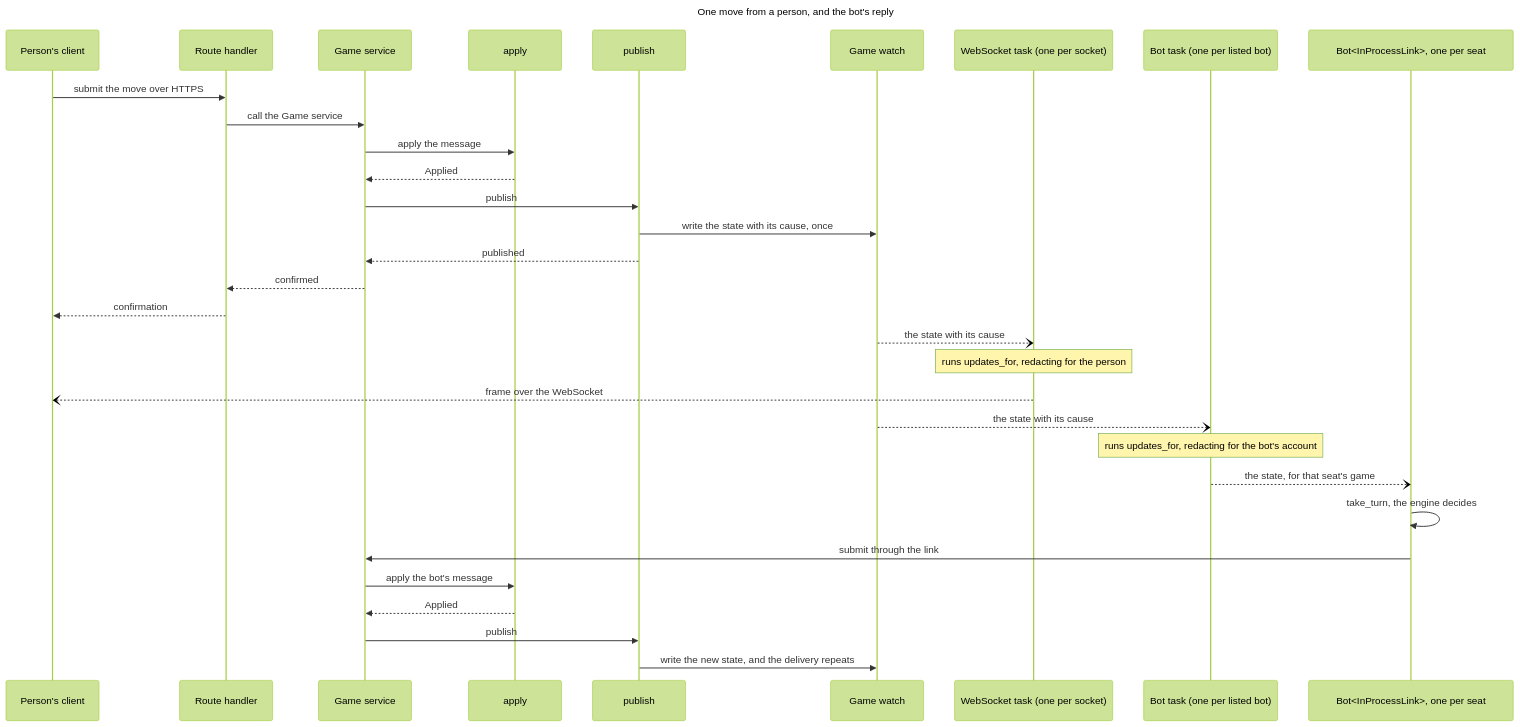
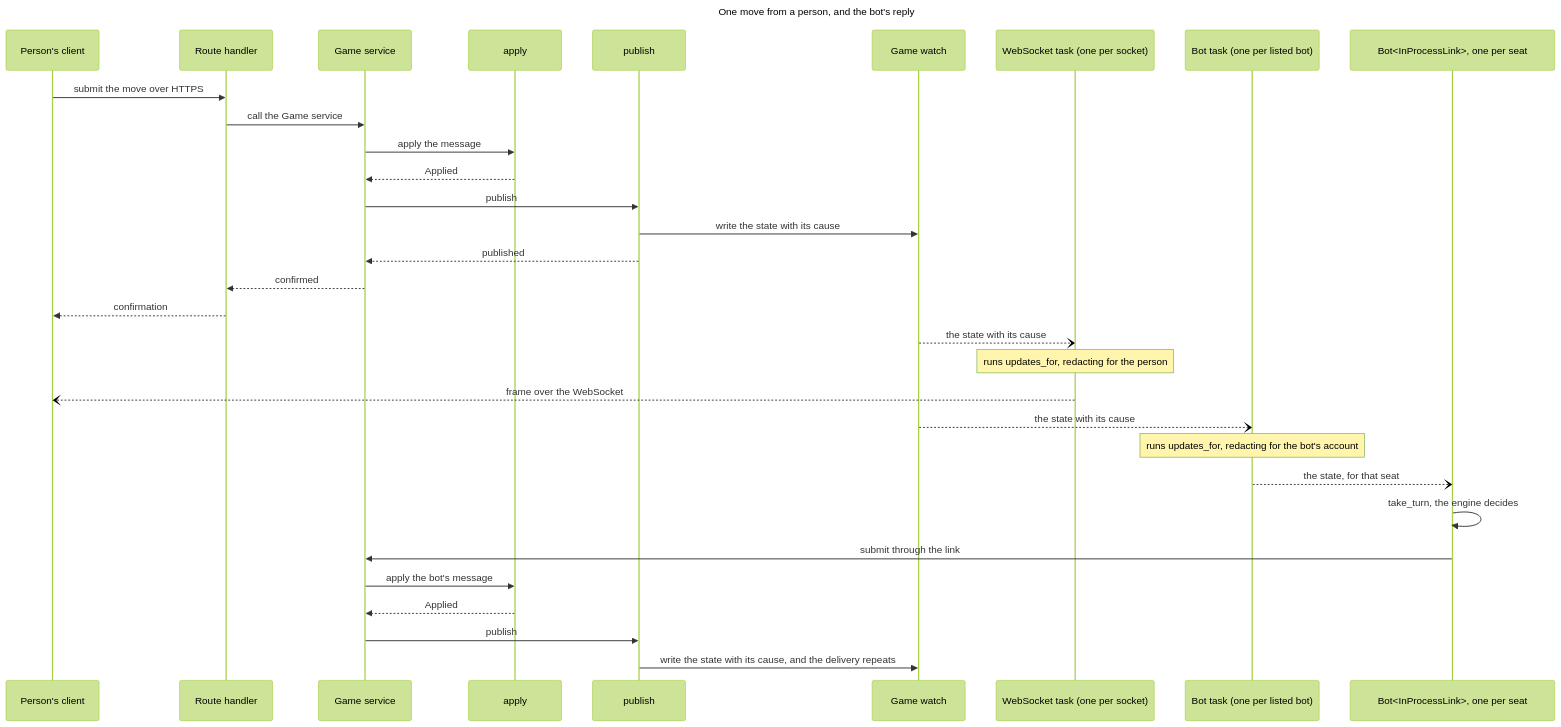
The first of 2 diagrams in applications/tile-lite-elite/3.1.7-changes/workstreams/application-game-architecture/71-one-game-model/71-data-model.md (delphside/programme), drawn with Mermaid (forest theme) before and after one commit. The commit also changed other lines of this file and 4 other files, not shown here.

````diff
--- a/applications/tile-lite-elite/3.1.7-changes/workstreams/application-game-architecture/71-one-game-model/71-data-model.md
+++ b/applications/tile-lite-elite/3.1.7-changes/workstreams/application-game-architecture/71-one-game-model/71-data-model.md
@@ -904,35 +923,35 @@
 ```mermaid
 sequenceDiagram
   title One move from a person, and the bot's reply
   participant C as Person's client
   participant R as Route handler
   participant GS as Game service
   participant A as apply
   participant P as publish
   participant GW as Game watch
   participant WT as WebSocket task (one per socket)
   participant BT as Bot task (one per listed bot)
   participant B as Bot#lt;InProcessLink#gt;, one per seat
 
   C->>R: submit the move over HTTPS
   R->>GS: call the Game service
   GS->>A: apply the message
   A-->>GS: Applied
   GS->>P: publish
-  P->>GW: write the state with its cause, once
+  P->>GW: write the state with its cause
   P-->>GS: published
   GS-->>R: confirmed
   R-->>C: confirmation
   GW--)WT: the state with its cause
   Note over WT: runs updates_for, redacting for the person
   WT--)C: frame over the WebSocket
   GW--)BT: the state with its cause
   Note over BT: runs updates_for, redacting for the bot's account
-  BT--)B: the state, for that seat's game
+  BT--)B: the state, for that seat
   B->>B: take_turn, the engine decides
   B->>GS: submit through the link
   GS->>A: apply the bot's message
   A-->>GS: Applied
   GS->>P: publish
-  P->>GW: write the new state, and the delivery repeats
+  P->>GW: write the state with its cause, and the delivery repeats
 ```
````
